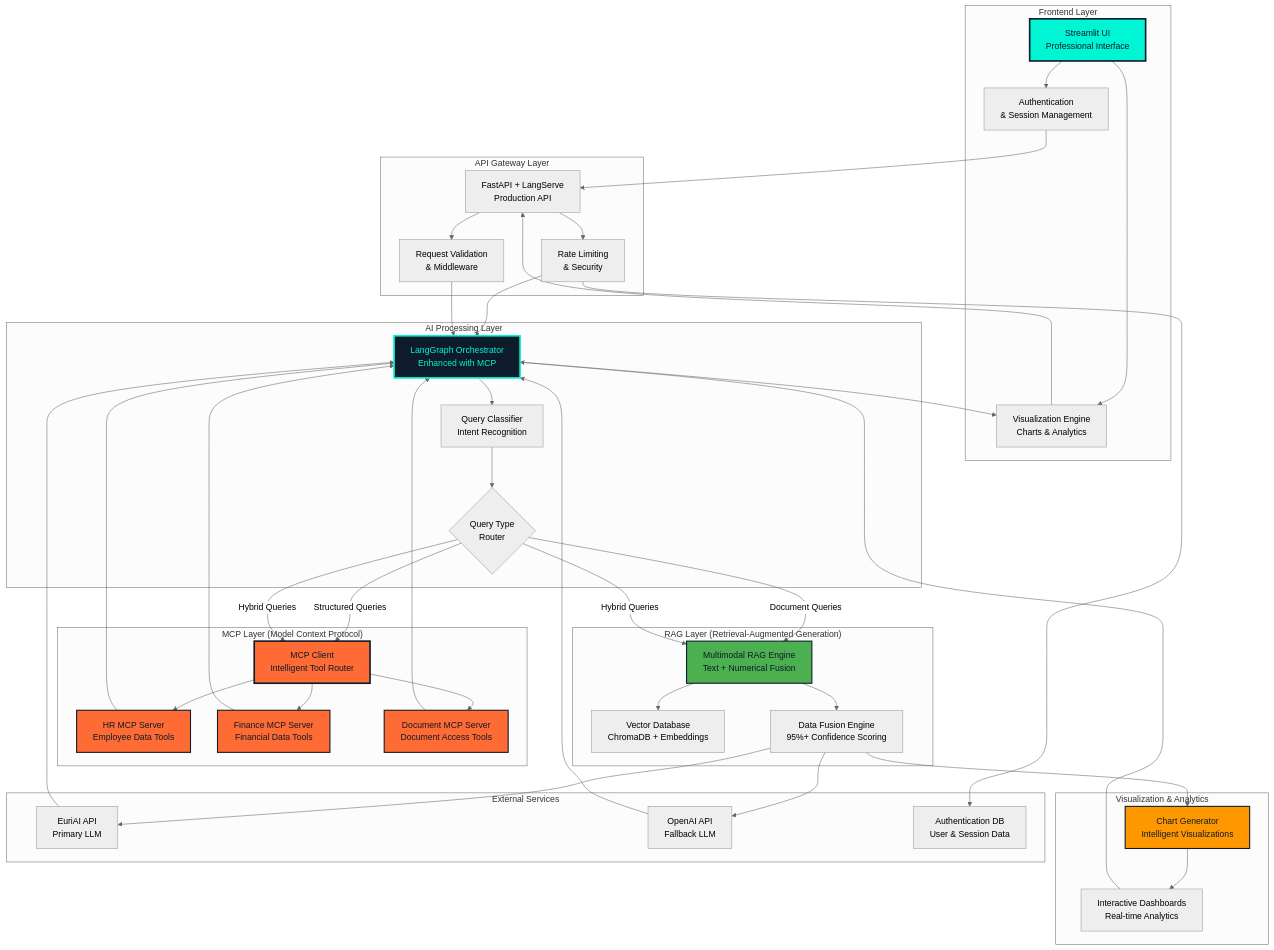
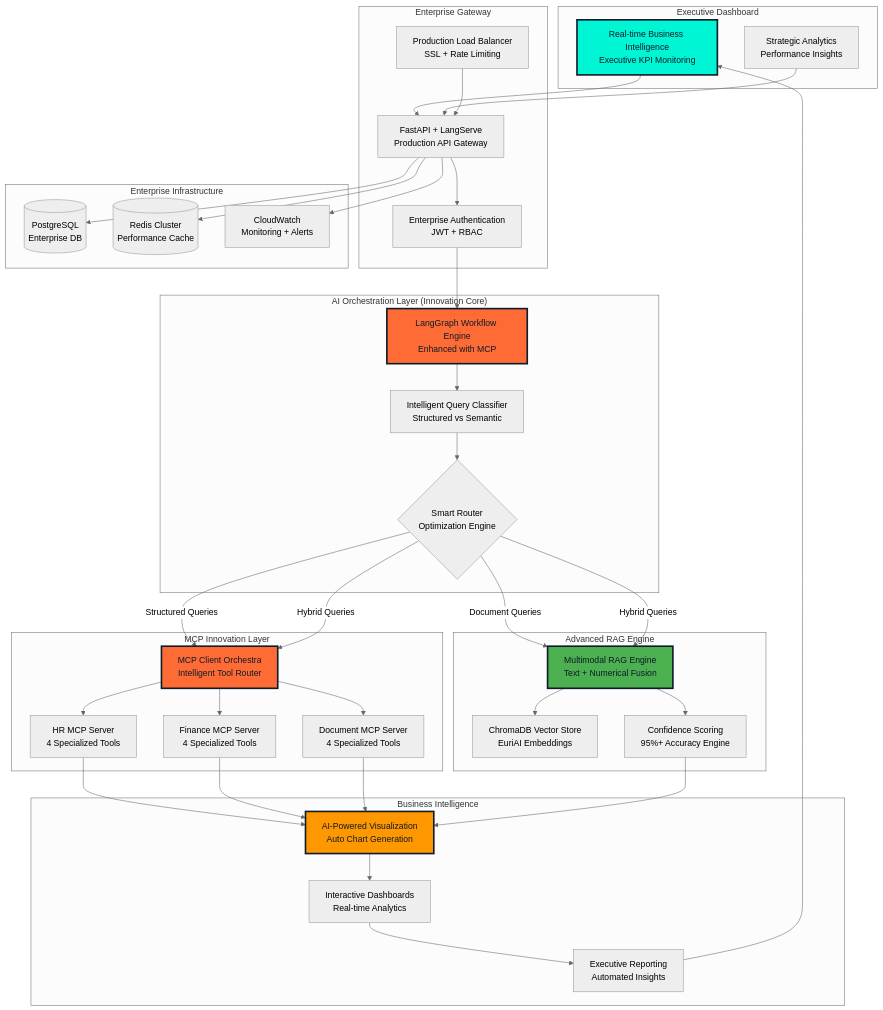
The first of 3 diagrams in README.md (erickyegon/finsolve-rag-rbac-assistant), drawn with Mermaid (neutral theme) before and after one commit. The commit also changed other lines of this file, not shown here.

````diff
--- a/README.md
+++ b/README.md
@@ -243,85 +150,77 @@
 ```mermaid
 graph TB
-    subgraph "Frontend Layer"
-        A[Streamlit UI<br/>Professional Interface]
-        A1[Authentication<br/>& Session Management]
-        A2[Visualization Engine<br/>Charts & Analytics]
+    subgraph "Executive Dashboard"
+        ED[Real-time Business Intelligence<br/>Executive KPI Monitoring]
+        EC[Strategic Analytics<br/>Performance Insights]
     end
 
-    subgraph "API Gateway Layer"
-        B[FastAPI + LangServe<br/>Production API]
-        B1[Rate Limiting<br/>& Security]
-        B2[Request Validation<br/>& Middleware]
+    subgraph "Enterprise Gateway"
+        LB[Production Load Balancer<br/>SSL + Rate Limiting]
+        API[FastAPI + LangServe<br/>Production API Gateway]
+        AUTH[Enterprise Authentication<br/>JWT + RBAC]
     end
 
-    subgraph "AI Processing Layer"
-        C[LangGraph Orchestrator<br/>Enhanced with MCP]
-        D[Query Classifier<br/>Intent Recognition]
-        E{Query Type<br/>Router}
+    subgraph "AI Orchestration Layer (Innovation Core)"
+        LG[LangGraph Workflow Engine<br/>Enhanced with MCP]
+        QC[Intelligent Query Classifier<br/>Structured vs Semantic]
+        RT{Smart Router<br/>Optimization Engine}
     end
 
-    subgraph "MCP Layer (Model Context Protocol)"
-        M1[HR MCP Server<br/>Employee Data Tools]
-        M2[Finance MCP Server<br/>Financial Data Tools]
-        M3[Document MCP Server<br/>Document Access Tools]
-        MC[MCP Client<br/>Intelligent Tool Router]
+    subgraph "MCP Innovation Layer"
+        MC[MCP Client Orchestra<br/>Intelligent Tool Router]
+        HR[HR MCP Server<br/>4 Specialized Tools]
+        FIN[Finance MCP Server<br/>4 Specialized Tools]  
+        DOC[Document MCP Server<br/>4 Specialized Tools]
     end
 
-    subgraph "RAG Layer (Retrieval-Augmented Generation)"
-        F[Multimodal RAG Engine<br/>Text + Numerical Fusion]
-        G[Vector Database<br/>ChromaDB + Embeddings]
-        I[Data Fusion Engine<br/>95%+ Confidence Scoring]
+    subgraph "Advanced RAG Engine"
+        RAG[Multimodal RAG Engine<br/>Text + Numerical Fusion]
+        VDB[ChromaDB Vector Store<br/>EuriAI Embeddings]
+        CONF[Confidence Scoring<br/>95%+ Accuracy Engine]
     end
 
-    subgraph "Visualization & Analytics"
-        H[Chart Generator<br/>Intelligent Visualizations]
-        V[Interactive Dashboards<br/>Real-time Analytics]
+    subgraph "Business Intelligence"
+        VIZ[AI-Powered Visualization<br/>Auto Chart Generation]
+        DASH[Interactive Dashboards<br/>Real-time Analytics]
+        RPT[Executive Reporting<br/>Automated Insights]
     end
 
-    subgraph "External Services"
-        J[EuriAI API<br/>Primary LLM]
-        K[OpenAI API<br/>Fallback LLM]
-        L[Authentication DB<br/>User & Session Data]
+    subgraph "Enterprise Infrastructure"
+        DB[(PostgreSQL<br/>Enterprise DB)]
+        CACHE[(Redis Cluster<br/>Performance Cache)]
+        MON[CloudWatch<br/>Monitoring + Alerts]
     end
 
-    A --> A1
-    A --> A2
-    A1 --> B
-    A2 --> B
-    B --> B1
-    B --> B2
-    B1 --> C
-    B2 --> C
-    C --> D
-    D --> E
-    E -->|Structured Queries| MC
-    E -->|Document Queries| F
-    E -->|Hybrid Queries| MC
-    E -->|Hybrid Queries| F
-    MC --> M1
-    MC --> M2
-    MC --> M3
-    M1 --> C
-    M2 --> C
-    M3 --> C
-    F --> G
-    F --> I
-    I --> H
-    H --> V
-    V --> C
-    I --> J
-    I --> K
-    J --> C
-    K --> C
-    C --> A2
-    B1 --> L
+    ED --> API
+    EC --> API
+    LB --> API
+    API --> AUTH
+    AUTH --> LG
+    LG --> QC
+    QC --> RT
+    RT -->|Structured Queries| MC
+    RT -->|Document Queries| RAG
+    RT -->|Hybrid Queries| MC
+    RT -->|Hybrid Queries| RAG
+    MC --> HR
+    MC --> FIN
+    MC --> DOC
+    RAG --> VDB
+    RAG --> CONF
+    HR --> VIZ
+    FIN --> VIZ
+    DOC --> VIZ
+    CONF --> VIZ
+    VIZ --> DASH
+    DASH --> RPT
+    RPT --> ED
+    API --> DB
+    API --> CACHE
+    API --> MON
 
-    style A fill:#00F5D4,stroke:#0D1B2A,stroke-width:3px,color:#0D1B2A
-    style C fill:#0D1B2A,stroke:#00F5D4,stroke-width:3px,color:#00F5D4
+    style LG fill:#FF6B35,stroke:#0D1B2A,stroke-width:3px,color:#0D1B2A
     style MC fill:#FF6B35,stroke:#0D1B2A,stroke-width:3px,color:#0D1B2A
-    style M1 fill:#FF6B35,stroke:#0D1B2A,stroke-width:2px,color:#0D1B2A
-    style M2 fill:#FF6B35,stroke:#0D1B2A,stroke-width:2px,color:#0D1B2A
-    style M3 fill:#FF6B35,stroke:#0D1B2A,stroke-width:2px,color:#0D1B2A
-    style F fill:#4CAF50,stroke:#0D1B2A,stroke-width:2px,color:#0D1B2A
-    style H fill:#FF9800,stroke:#0D1B2A,stroke-width:2px,color:#0D1B2A
+    style RAG fill:#4CAF50,stroke:#0D1B2A,stroke-width:3px,color:#0D1B2A
+    style VIZ fill:#FF9800,stroke:#0D1B2A,stroke-width:3px,color:#0D1B2A
+    style ED fill:#00F5D4,stroke:#0D1B2A,stroke-width:3px,color:#0D1B2A
 ```
````
